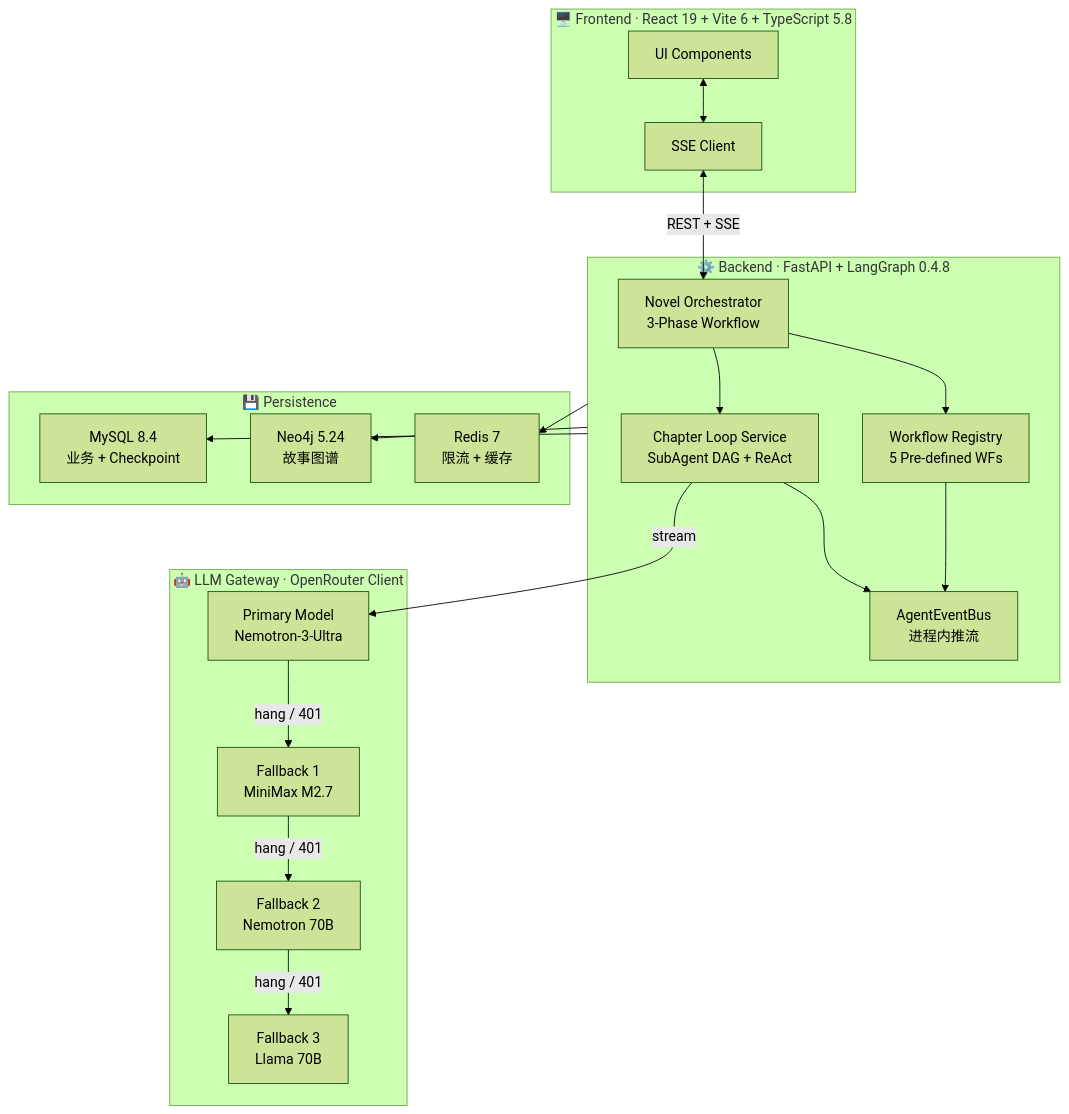
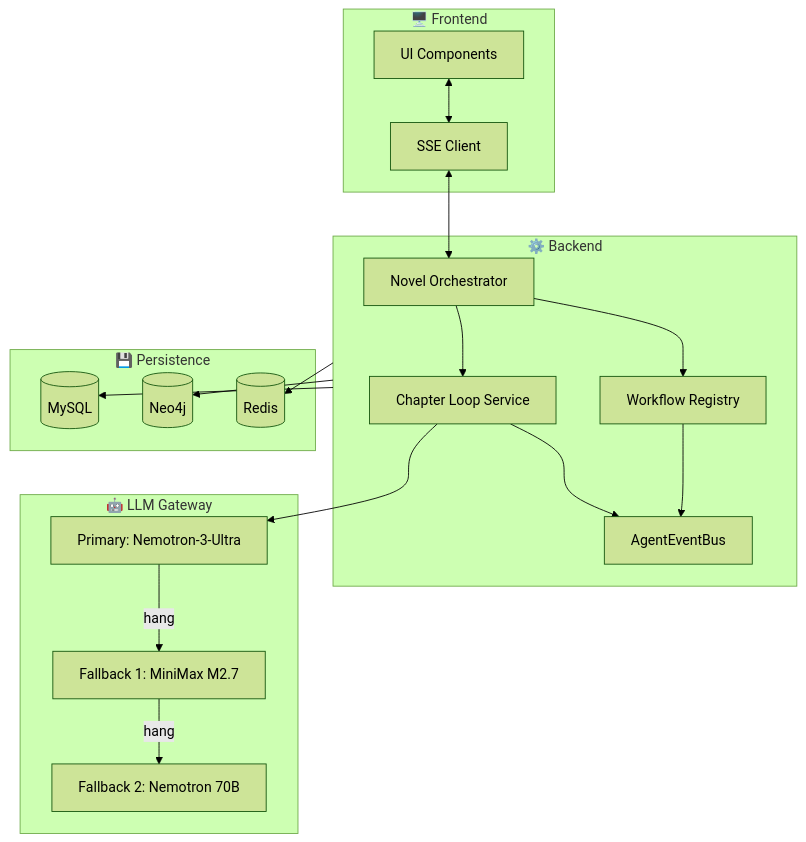
One commit to wanghaoyi216/Mowen-AI-Editor changed the second of 2 diagrams in README.md. Above: the diagram before and after it, drawn with Mermaid (forest theme). The commit also changed other lines of this file, not shown here.

Commit message:
docs: README 修复图片/mermaid/布局问题

````diff
--- a/README.md
+++ b/README.md
@@ -188,41 +130,39 @@
 ```mermaid
-graph TB
-    subgraph Frontend["🖥️ Frontend · React 19 + Vite 6 + TypeScript 5.8"]
+flowchart TB
+    subgraph Frontend["🖥️ Frontend"]
         UI[UI Components]
         SSE[SSE Client]
         UI <--> SSE
     end
 
-    subgraph Backend["⚙️ Backend · FastAPI + LangGraph 0.4.8"]
-        ORCH[Novel Orchestrator<br/>3-Phase Workflow]
-        LOOP[Chapter Loop Service<br/>SubAgent DAG + ReAct]
-        WF[Workflow Registry<br/>5 Pre-defined WFs]
-        EVB[AgentEventBus<br/>进程内推流]
+    subgraph Backend["⚙️ Backend"]
+        ORCH[Novel Orchestrator]
+        LOOP[Chapter Loop Service]
+        WF[Workflow Registry]
+        EVB[AgentEventBus]
         ORCH --> LOOP
         ORCH --> WF
         LOOP --> EVB
         WF --> EVB
     end
 
-    subgraph LLM["🤖 LLM Gateway · OpenRouter Client"]
-        PRI[Primary Model<br/>Nemotron-3-Ultra]
-        FB1[Fallback 1<br/>MiniMax M2.7]
-        FB2[Fallback 2<br/>Nemotron 70B]
-        FB3[Fallback 3<br/>Llama 70B]
-        PRI -->|hang / 401| FB1
-        FB1 -->|hang / 401| FB2
-        FB2 -->|hang / 401| FB3
+    subgraph LLM["🤖 LLM Gateway"]
+        PRI[Primary: Nemotron-3-Ultra]
+        FB1[Fallback 1: MiniMax M2.7]
+        FB2[Fallback 2: Nemotron 70B]
+        PRI -->|hang| FB1
+        FB1 -->|hang| FB2
     end
 
     subgraph Storage["💾 Persistence"]
-        MY[MySQL 8.4<br/>业务 + Checkpoint]
-        NEO[Neo4j 5.24<br/>故事图谱]
-        RED[Redis 7<br/>限流 + 缓存]
+        MY[(MySQL)]
+        NEO[(Neo4j)]
+        RED[(Redis)]
     end
 
-    SSE <-->|REST + SSE| ORCH
-    LOOP -->|stream| PRI
+    SSE <--> ORCH
+    LOOP --> PRI
     Backend --> MY
     Backend --> NEO
     Backend --> RED
 ```
````
